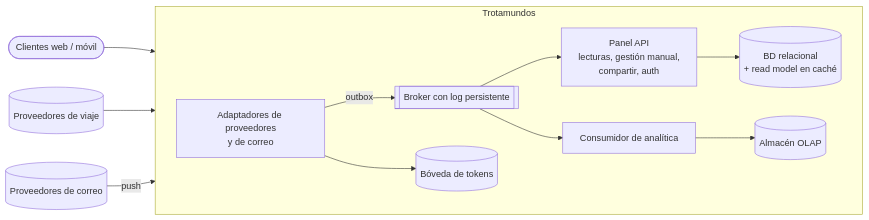
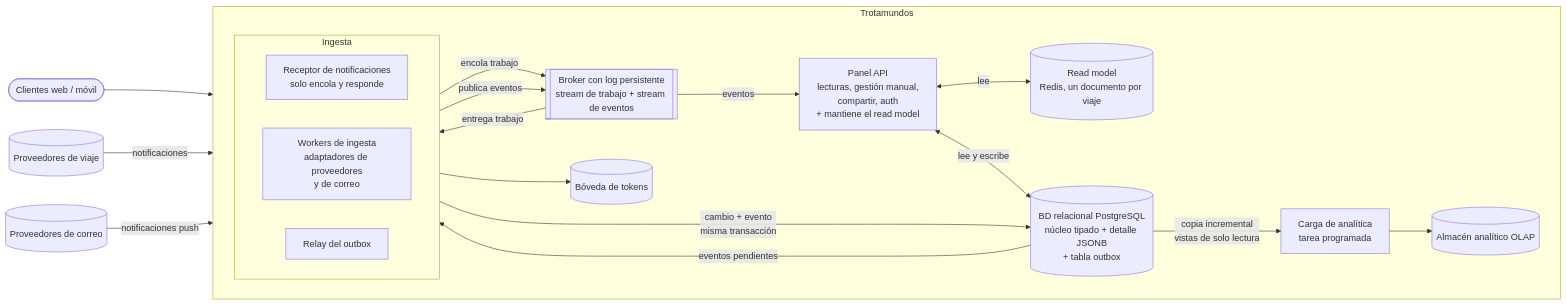
One commit to matiascanova/TPE_SOFTWARE changed the diagram in Vista-Modular inicial-del-sistema.md. Above: the diagram before and after it, drawn with Mermaid. The commit also changed other lines of this file, not shown here.

Commit message:
Update Vista-Modular inicial-del-sistema.md

````diff
--- a/Vista-Modular inicial-del-sistema.md
+++ b/Vista-Modular inicial-del-sistema.md
@@ -1,27 +12,43 @@
 ```mermaid
 flowchart LR
     CL([Clientes web / móvil])
     PV[(Proveedores de viaje)]
     MC[(Proveedores de correo)]
 
     subgraph TROT[Trotamundos]
         direction LR
-        API[Panel API<br/>lecturas, gestión manual,<br/>compartir, auth]
-        ING[Adaptadores de proveedores<br/>y de correo]
-        ANA[Consumidor de analítica]
-        BR[[Broker con log persistente]]
-        DB[(BD relacional<br/>+ read model en caché)]
-        OLAP[(Almacén OLAP)]
-        VAULT[(Bóveda de tokens)]
+        API["Panel API<br/>lecturas, gestión manual,<br/>compartir, auth<br/>+ mantiene el read model"]
+
+        subgraph INGD[Ingesta]
+            direction LR
+            RX["Receptor de notificaciones<br/>solo encola y responde"]
+            WK["Workers de ingesta<br/>adaptadores de proveedores<br/>y de correo"]
+            RL["Relay del outbox"]
+        end
+
+        BR[["Broker con log persistente<br/>stream de trabajo + stream de eventos"]]
+        DB[("BD relacional PostgreSQL<br/>núcleo tipado + detalle JSONB<br/>+ tabla outbox")]
+        RM[("Read model<br/>Redis, un documento por viaje")]
+        CA["Carga de analítica<br/>tarea programada"]
+        OLAP[("Almacén analítico OLAP")]
+        VAULT[("Bóveda de tokens")]
     end
 
     CL --> API
-    PV --> ING
-    MC -- push --> ING
-    ING -- outbox --> BR
-    BR --> API
-    BR --> ANA
-    API --> DB
-    ANA --> OLAP
-    ING --> VAULT
+    API <-->|"lee"| RM
+    API <-->|"lee y escribe"| DB
+
+    PV -- "notificaciones" --> RX
+    MC -- "notificaciones push" --> RX
+    RX -- "encola trabajo" --> BR
+    BR -- "entrega trabajo" --> WK
+    WK -- "cambio + evento<br/>misma transacción" --> DB
+    WK --> VAULT
+
+    DB -- "eventos pendientes" --> RL
+    RL -- "publica eventos" --> BR
+    BR -- "eventos" --> API
+
+    DB -- "copia incremental<br/>vistas de solo lectura" --> CA
+    CA --> OLAP
 ```
````
